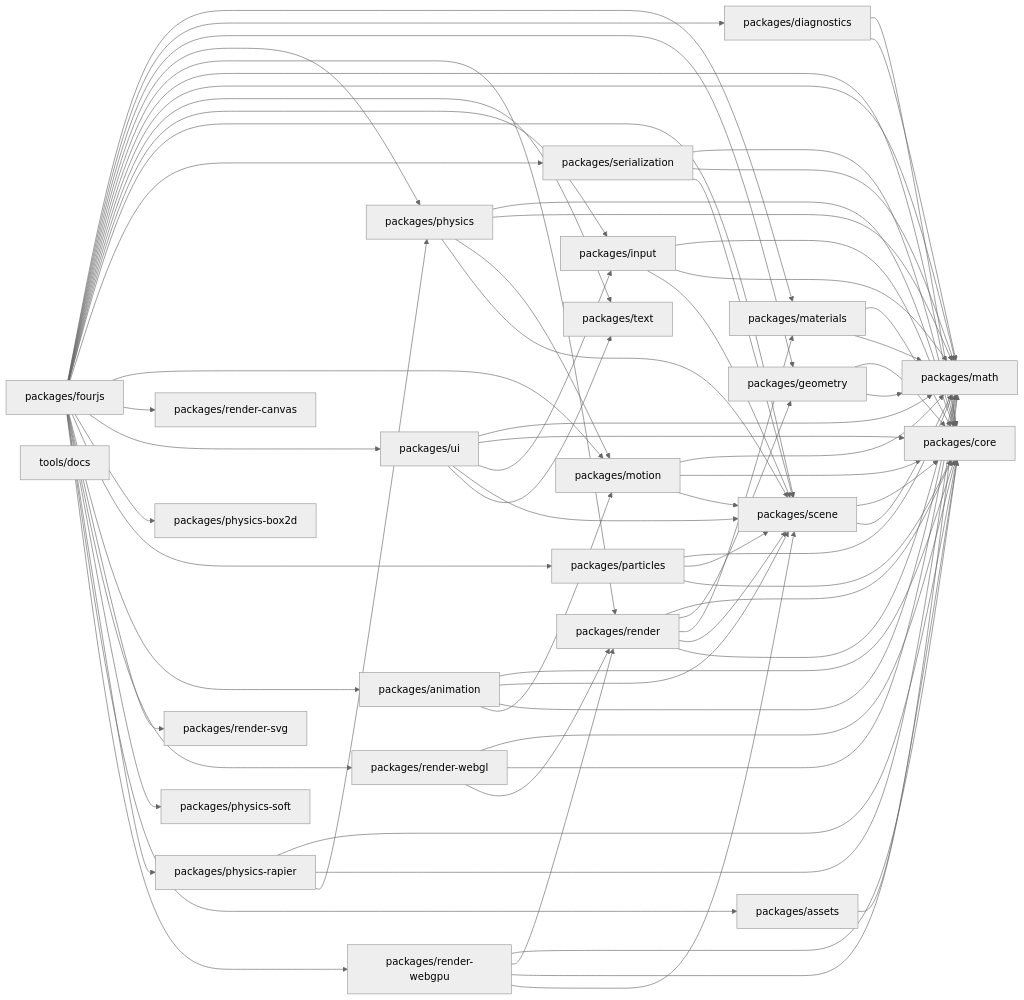
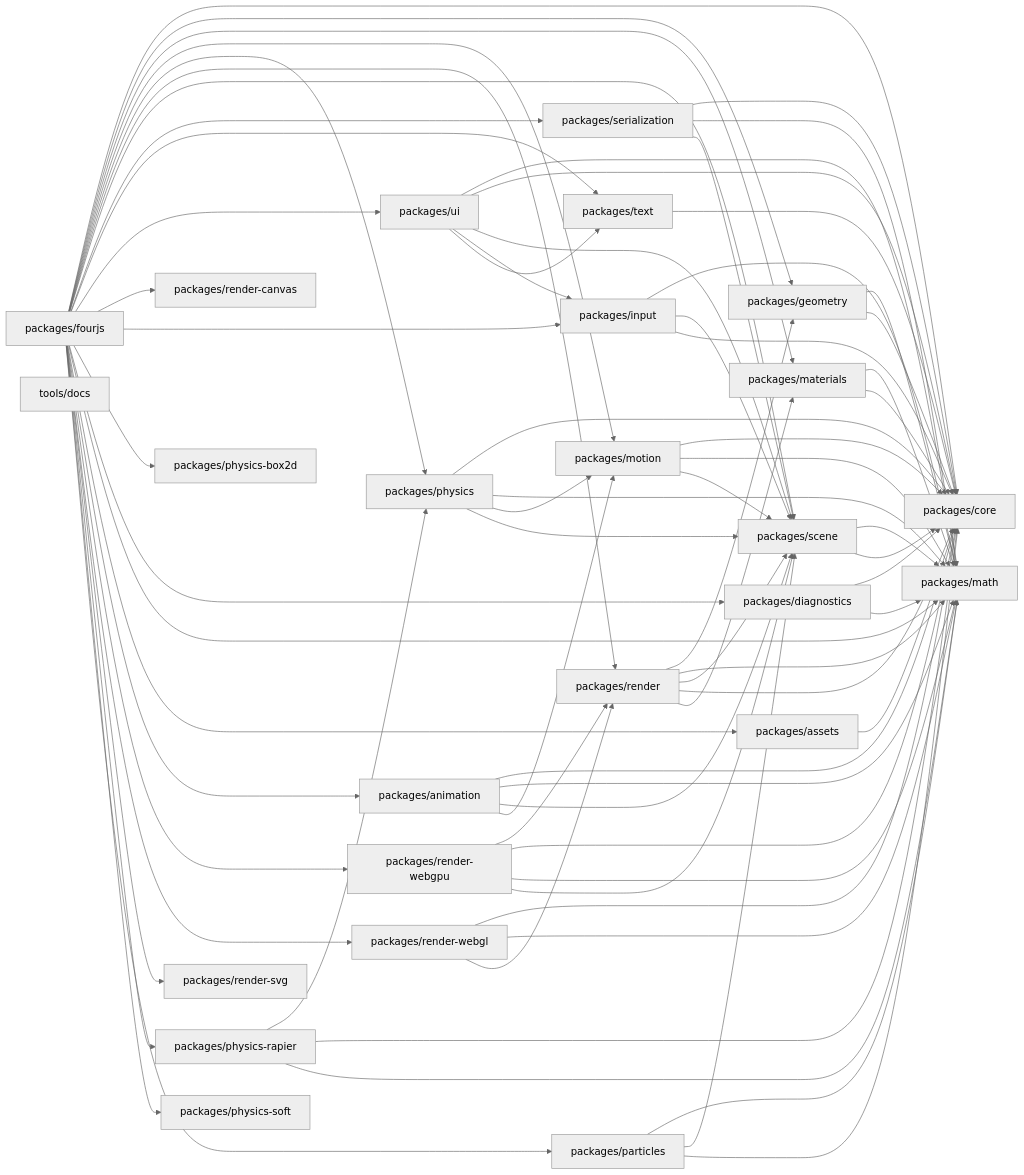
One commit to danielsimonjr/four.js changed the first of 2 diagrams in docs/Architecture/DEPENDENCY_GRAPH.md. Above: the diagram before and after it, drawn with Mermaid (neutral theme). The commit also changed other lines of this file and 141 other files, not shown here.

````diff
--- a/docs/Architecture/DEPENDENCY_GRAPH.md
+++ b/docs/Architecture/DEPENDENCY_GRAPH.md
@@ -109,100 +109,101 @@
 ```mermaid
 graph LR
-    P0[packages/diagnostics]
-    P1[packages/scene]
-    P2[packages/render]
-    P3[packages/fourjs]
-    P4[packages/physics]
-    P5[packages/particles]
-    P6[packages/geometry]
-    P7[packages/motion]
-    P8[packages/text]
-    P9[packages/math]
-    P10[packages/ui]
+    P0[packages/render-svg]
+    P1[packages/physics-rapier]
+    P2[packages/scene]
+    P3[packages/render]
+    P4[packages/physics-soft]
+    P5[packages/text]
+    P6[packages/render-webgpu]
+    P7[packages/assets]
+    P8[packages/ui]
+    P9[packages/fourjs]
+    P10[packages/materials]
     P11[packages/core]
-    P12[packages/render-webgpu]
-    P13[packages/animation]
-    P14[packages/assets]
-    P15[packages/render-webgl]
-    P16[packages/physics-rapier]
-    P17[packages/input]
-    P18[packages/render-svg]
-    P19[packages/render-canvas]
-    P20[packages/materials]
-    P21[packages/physics-box2d]
-    P22[packages/serialization]
-    P23[packages/physics-soft]
+    P12[packages/geometry]
+    P13[packages/physics]
+    P14[packages/input]
+    P15[packages/animation]
+    P16[packages/physics-box2d]
+    P17[packages/diagnostics]
+    P18[packages/render-canvas]
+    P19[packages/particles]
+    P20[packages/serialization]
+    P21[packages/render-webgl]
+    P22[packages/math]
+    P23[packages/motion]
     P24[tools/docs]
-    P0 --> P11
-    P0 --> P9
+    P1 --> P13
     P1 --> P11
-    P1 --> P9
+    P1 --> P22
+    P2 --> P22
     P2 --> P11
-    P2 --> P6
-    P2 --> P20
-    P2 --> P1
-    P2 --> P9
-    P3 --> P20
-    P3 --> P0
-    P3 --> P6
-    P3 --> P4
+    P3 --> P12
+    P3 --> P22
     P3 --> P2
     P3 --> P11
-    P3 --> P9
-    P3 --> P8
-    P3 --> P17
-    P3 --> P1
-    P3 --> P22
-    P3 --> P7
-    P3 --> P19
     P3 --> P10
-    P3 --> P21
-    P3 --> P5
-    P3 --> P13
-    P3 --> P18
-    P3 --> P15
-    P3 --> P23
-    P3 --> P16
-    P3 --> P14
-    P3 --> P12
-    P4 --> P11
-    P4 --> P9
-    P4 --> P7
-    P4 --> P1
-    P5 --> P9
-    P5 --> P1
     P5 --> P11
+    P6 --> P3
     P6 --> P11
-    P6 --> P9
-    P7 --> P9
+    P6 --> P22
+    P6 --> P2
     P7 --> P11
-    P7 --> P1
-    P10 --> P9
+    P8 --> P22
+    P8 --> P11
+    P8 --> P2
+    P8 --> P14
+    P8 --> P5
+    P9 --> P11
+    P9 --> P12
+    P9 --> P10
+    P9 --> P23
+    P9 --> P13
+    P9 --> P3
+    P9 --> P2
+    P9 --> P20
+    P9 --> P5
+    P9 --> P8
+    P9 --> P18
+    P9 --> P14
+    P9 --> P16
+    P9 --> P17
+    P9 --> P22
+    P9 --> P7
+    P9 --> P15
+    P9 --> P6
+    P9 --> P21
+    P9 --> P0
+    P9 --> P1
+    P9 --> P4
+    P9 --> P19
+    P10 --> P22
     P10 --> P11
-    P10 --> P17
-    P10 --> P1
-    P10 --> P8
+    P12 --> P22
     P12 --> P11
-    P12 --> P2
-    P12 --> P9
-    P12 --> P1
     P13 --> P11
-    P13 --> P1
-    P13 --> P9
-    P13 --> P7
+    P13 --> P22
+    P13 --> P23
+    P13 --> P2
+    P14 --> P22
+    P14 --> P2
     P14 --> P11
     P15 --> P11
-    P15 --> P9
+    P15 --> P22
     P15 --> P2
-    P16 --> P11
-    P16 --> P9
-    P16 --> P4
+    P15 --> P23
     P17 --> P11
-    P17 --> P9
-    P17 --> P1
+    P17 --> P22
+    P19 --> P22
+    P19 --> P2
+    P19 --> P11
     P20 --> P11
-    P20 --> P9
-    P22 --> P11
-    P22 --> P9
-    P22 --> P1
+    P20 --> P22
+    P20 --> P2
+    P21 --> P11
+    P21 --> P22
+    P21 --> P3
+    P23 --> P11
+    P23 --> P22
+    P23 --> P2
 ```
````
